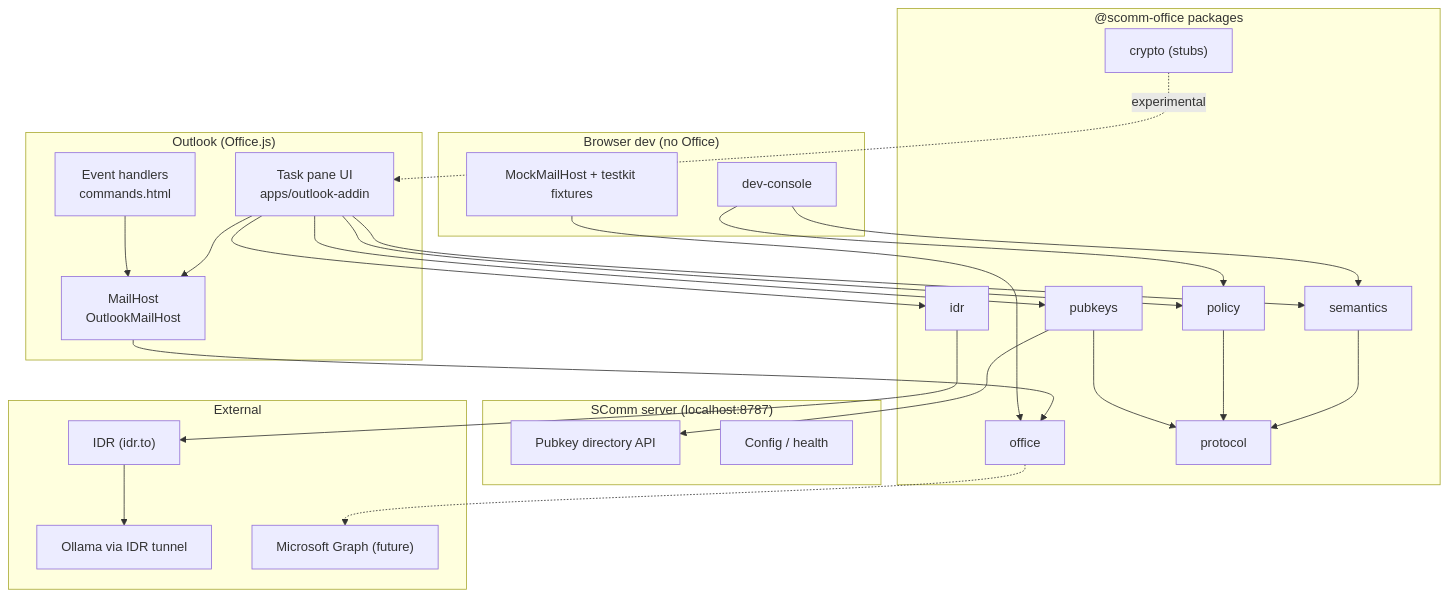
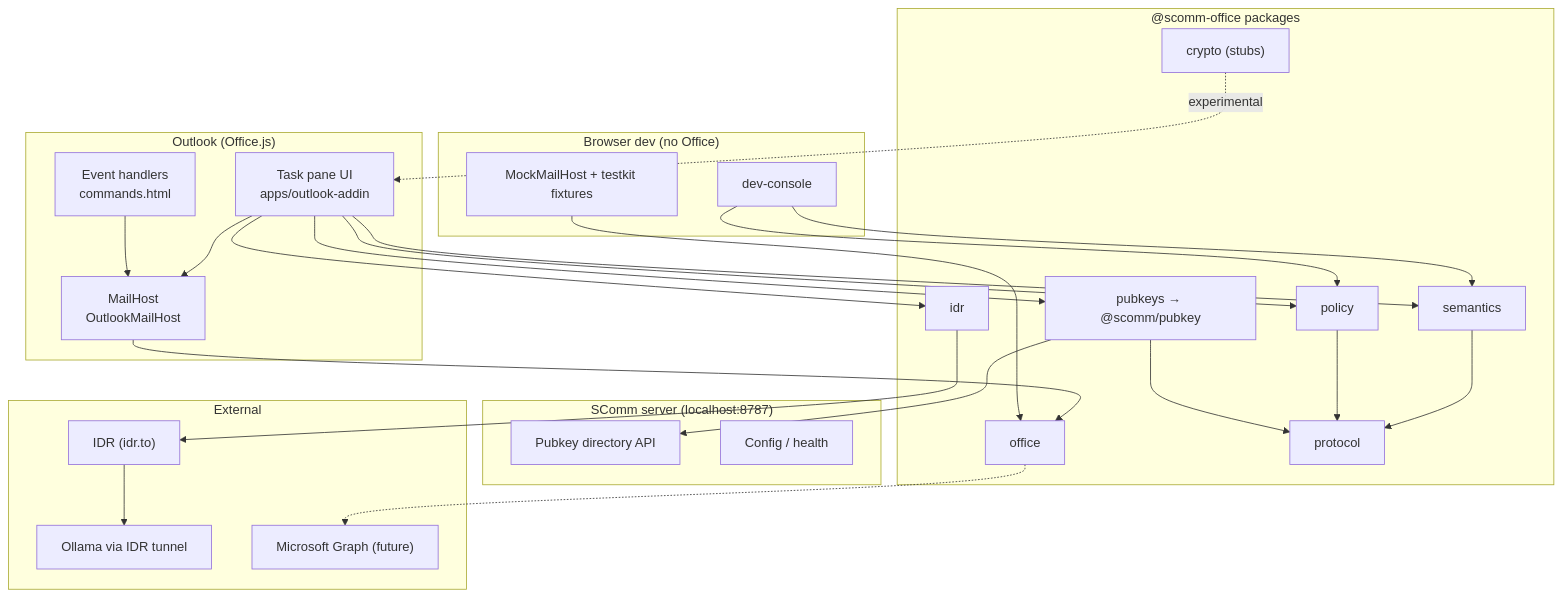
The diagram in README.md (scomm-ai/office), drawn with Mermaid before and after one commit. The commit also changed other lines of this file and 34 other files, not shown here.

````diff
--- a/README.md
+++ b/README.md
@@ -18,52 +20,52 @@
 ```mermaid
 flowchart TB
   subgraph OutlookHost["Outlook (Office.js)"]
     TP["Task pane UI\napps/outlook-addin"]
     CMD["Event handlers\ncommands.html"]
     MH["MailHost\nOutlookMailHost"]
   end
 
   subgraph BrowserDev["Browser dev (no Office)"]
     MOCK["MockMailHost + testkit fixtures"]
     DC["dev-console"]
   end
 
   subgraph Packages["@scomm-office packages"]
     OFF["office"]
     SEM["semantics"]
     POL["policy"]
-    PK["pubkeys"]
+    PK["pubkeys → @scomm/pubkey"]
     IDR["idr"]
     PRO["protocol"]
     CRY["crypto (stubs)"]
   end
 
   subgraph Backend["SComm server (localhost:8787)"]
     API["Pubkey directory API"]
     CFG["Config / health"]
   end
 
   subgraph External["External"]
     IDRTO["IDR (idr.to)"]
     OLL["Ollama via IDR tunnel"]
     GRAPH["Microsoft Graph (future)"]
   end
 
   TP --> MH
   CMD --> MH
   MH --> OFF
   TP --> SEM
   TP --> POL
   TP --> PK
   TP --> IDR
   MOCK --> OFF
   DC --> SEM
   DC --> POL
   PK --> API
   IDR --> IDRTO --> OLL
   OFF -.-> GRAPH
   SEM --> PRO
   POL --> PRO
   PK --> PRO
   CRY -. "experimental" .-> TP
 ```
````
